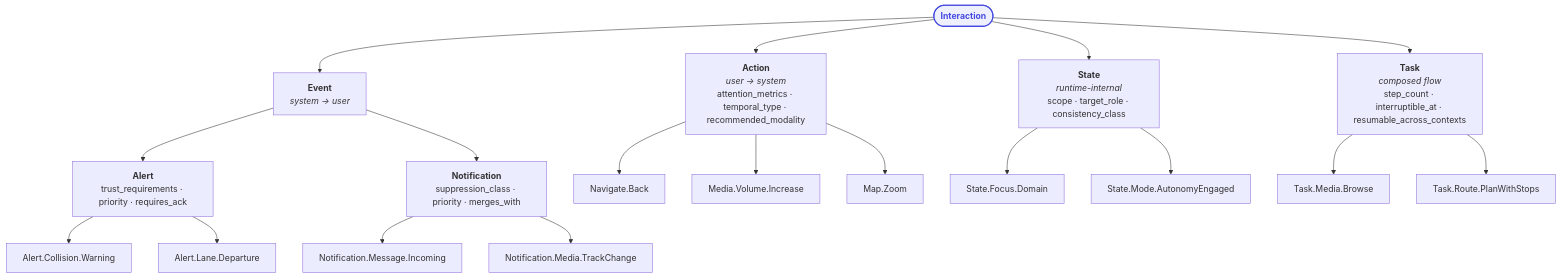
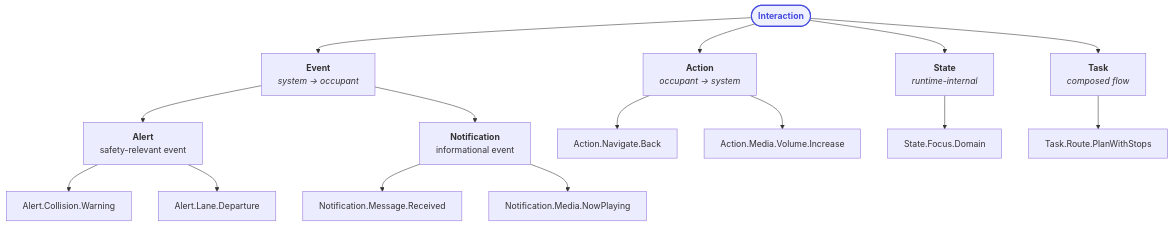
One commit to yaneczech/SIA changed the third of 3 diagrams in 01_Semantic-Interaction-Architecture-sdv.md. Above: the diagram before and after it, drawn with Mermaid. The commit also changed other lines of this file and 1 other file, not shown here.

````diff
--- a/01_Semantic-Interaction-Architecture-sdv.md
+++ b/01_Semantic-Interaction-Architecture-sdv.md
@@ -214,34 +200,24 @@
 ```mermaid
 graph TB
     I(["<b>Interaction</b>"])
-
-    A["<b>Action</b><br/><i>user → system</i><br/>attention_metrics · temporal_type · recommended_modality"]
-    E["<b>Event</b><br/><i>system → user</i>"]
-    S["<b>State</b><br/><i>runtime-internal</i><br/>scope · target_role · consistency_class"]
-    T["<b>Task</b><br/><i>composed flow</i><br/>step_count · interruptible_at · resumable_across_contexts"]
-
-    AL["<b>Alert</b><br/>trust_requirements · priority · requires_ack"]
-    N["<b>Notification</b><br/>suppression_class · priority · merges_with"]
-
-    AL1["Alert.Collision.Warning"]
-    AL2["Alert.Lane.Departure"]
-    N1["Notification.Message.Incoming"]
-    N2["Notification.Media.TrackChange"]
-    A1["Navigate.Back"]
-    A2["Media.Volume.Increase"]
-    A3["Map.Zoom"]
-    S1["State.Focus.Domain"]
-    S2["State.Mode.AutonomyEngaged"]
-    T1["Task.Media.Browse"]
-    T2["Task.Route.PlanWithStops"]
+    A["<b>Action</b><br/><i>occupant → system</i>"]
+    E["<b>Event</b><br/><i>system → occupant</i>"]
+    S["<b>State</b><br/><i>runtime-internal</i>"]
+    T["<b>Task</b><br/><i>composed flow</i>"]
+    AL["<b>Alert</b><br/>safety-relevant event"]
+    N["<b>Notification</b><br/>informational event"]
 
     I --> A & E & S & T
     E --> AL & N
-    AL --> AL1 & AL2
-    N --> N1 & N2
-    A --> A1 & A2 & A3
-    S --> S1 & S2
-    T --> T1 & T2
+
+    AL --> AL1["Alert.Collision.Warning"]
+    AL --> AL2["Alert.Lane.Departure"]
+    N --> N1["Notification.Message.Received"]
+    N --> N2["Notification.Media.NowPlaying"]
+    A --> A1["Action.Navigate.Back"]
+    A --> A2["Action.Media.Volume.Increase"]
+    S --> S1["State.Focus.Domain"]
+    T --> T1["Task.Route.PlanWithStops"]
 
     style I fill:#eef0ff,stroke:#454ADE,stroke-width:2px,color:#454ADE
 ```
````
